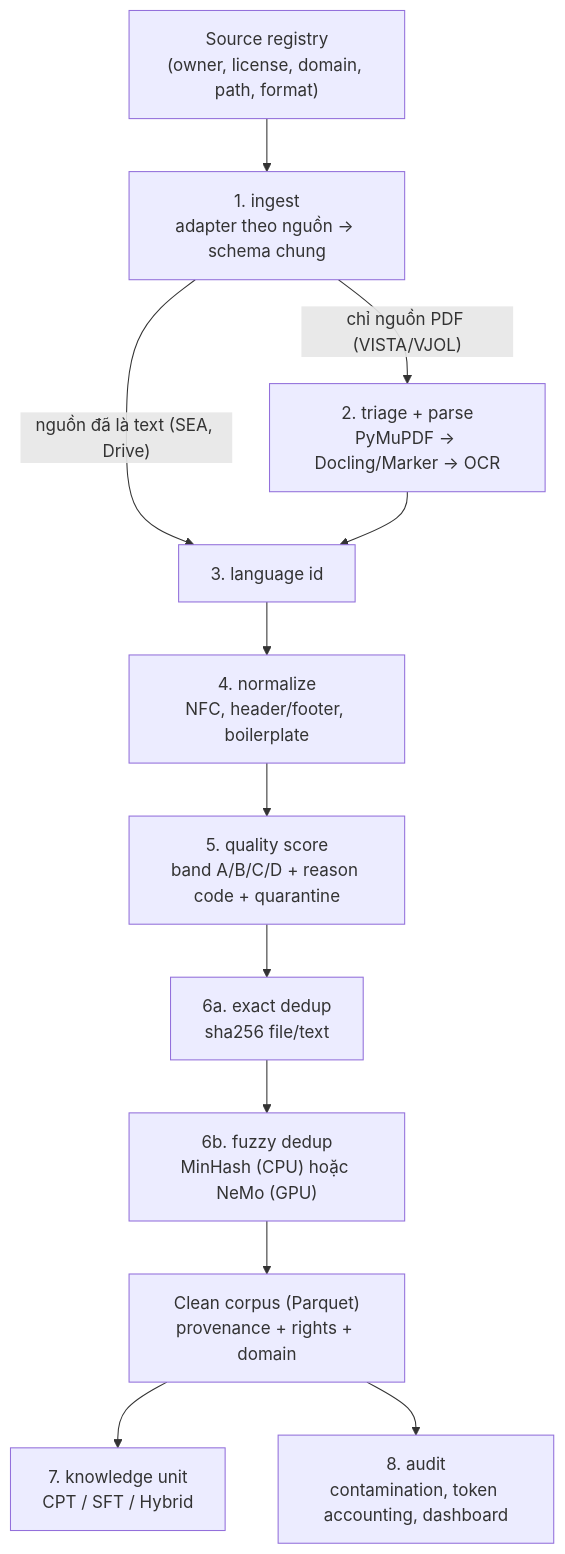
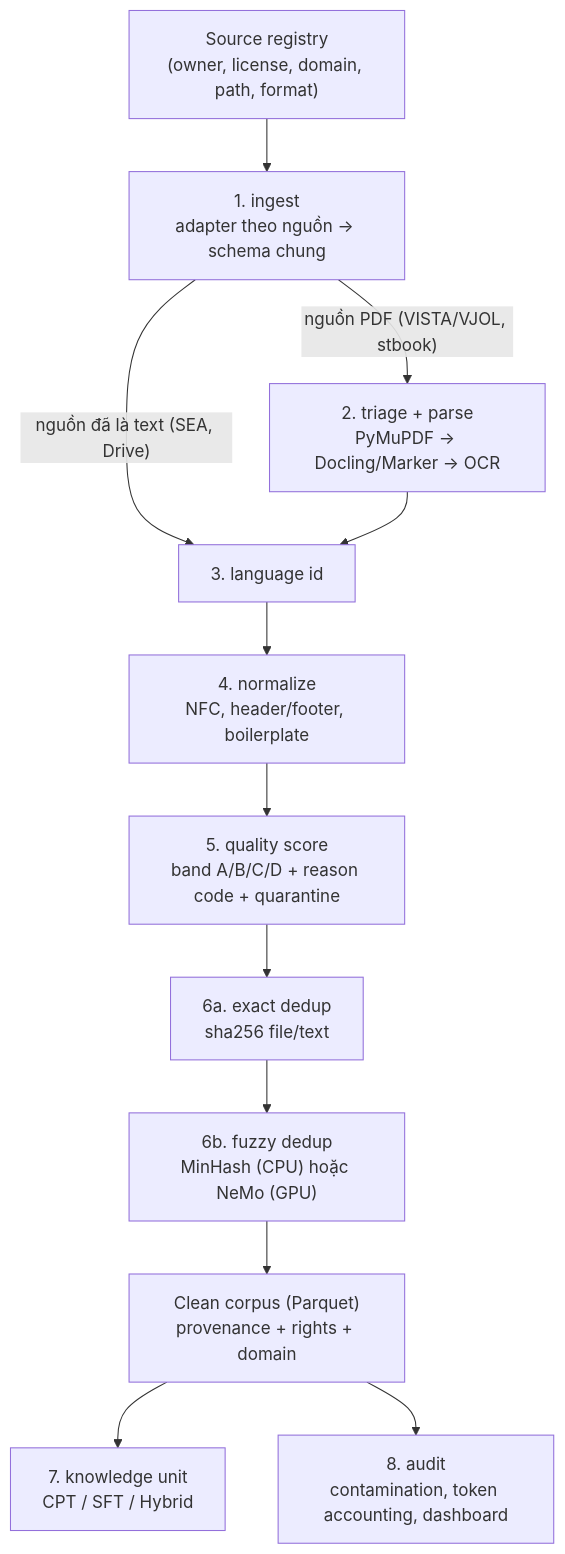
The diagram in docs/PIPELINE.md (ArrayPowerPlay/vi-corpus-etl), drawn with Mermaid before and after one commit. The commit also changed other lines of this file and 11 other files, not shown here.

First line of the commit message:
Thêm bước OCR sách stbook.vn (PaddleOCR detect + VietOCR), cập nhật README và tài liệu

````diff
--- a/docs/PIPELINE.md
+++ b/docs/PIPELINE.md
@@ -15,14 +15,14 @@
 ```mermaid
 flowchart TD
     R["Source registry\n(owner, license, domain, path, format)"] --> I["1. ingest\nadapter theo nguồn -> schema chung"]
-    I -->|"chỉ nguồn PDF (VISTA/VJOL)"| T["2. triage + parse\nPyMuPDF -> Docling/Marker -> OCR"]
+    I -->|"nguồn PDF (VISTA/VJOL, stbook)"| T["2. triage + parse\nPyMuPDF -> Docling/Marker -> OCR"]
     I -->|"nguồn đã là text (SEA, Drive)"| L
     T --> L["3. language id"]
     L --> N["4. normalize\nNFC, header/footer, boilerplate"]
     N --> Q["5. quality score\nband A/B/C/D + reason code + quarantine"]
     Q --> D1["6a. exact dedup\nsha256 file/text"]
     D1 --> D2["6b. fuzzy dedup\nMinHash (CPU) hoặc NeMo (GPU)"]
     D2 --> C["Clean corpus (Parquet)\nprovenance + rights + domain"]
     C --> K["7. knowledge unit\nCPT / SFT / Hybrid"]
     C --> A["8. audit\ncontamination, token accounting, dashboard"]
 ```
````
